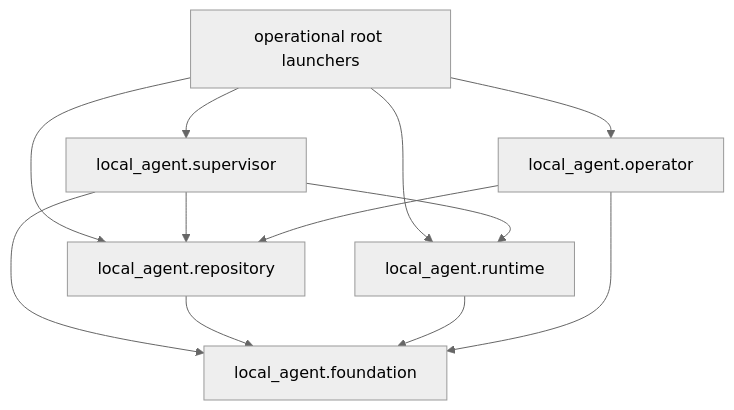
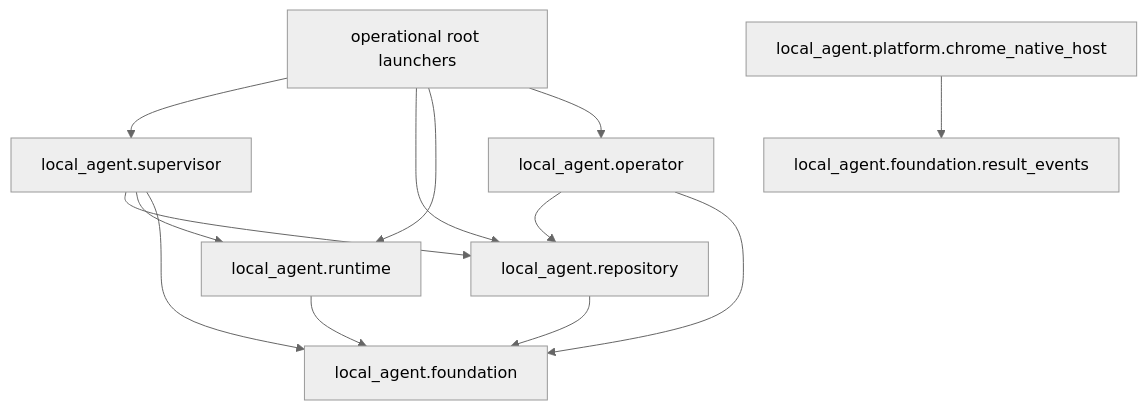
One commit to MichalMatu/local-agent changed the second of 3 diagrams in docs/ARCHITECTURE.md. Above: the diagram before and after it, drawn with Mermaid (neutral theme). The commit also changed other lines of this file, not shown here.

Commit message:
Document event-wake architecture ownership

````diff
--- a/docs/ARCHITECTURE.md
+++ b/docs/ARCHITECTURE.md
@@ -142,14 +151,15 @@
 ```mermaid
 flowchart TD
     Root["operational root launchers"] --> Supervisor["local_agent.supervisor"]
     Root --> Repo["local_agent.repository"]
     Root --> Runtime["local_agent.runtime"]
     Root --> Operator["local_agent.operator"]
     Supervisor --> Repo
     Supervisor --> Runtime
     Supervisor --> Foundation["local_agent.foundation"]
     Repo --> Foundation
     Runtime --> Foundation
     Operator --> Repo
     Operator --> Foundation
+    Native["local_agent.platform.chrome_native_host"] --> EventFoundation["local_agent.foundation.result_events"]
 ```
````
